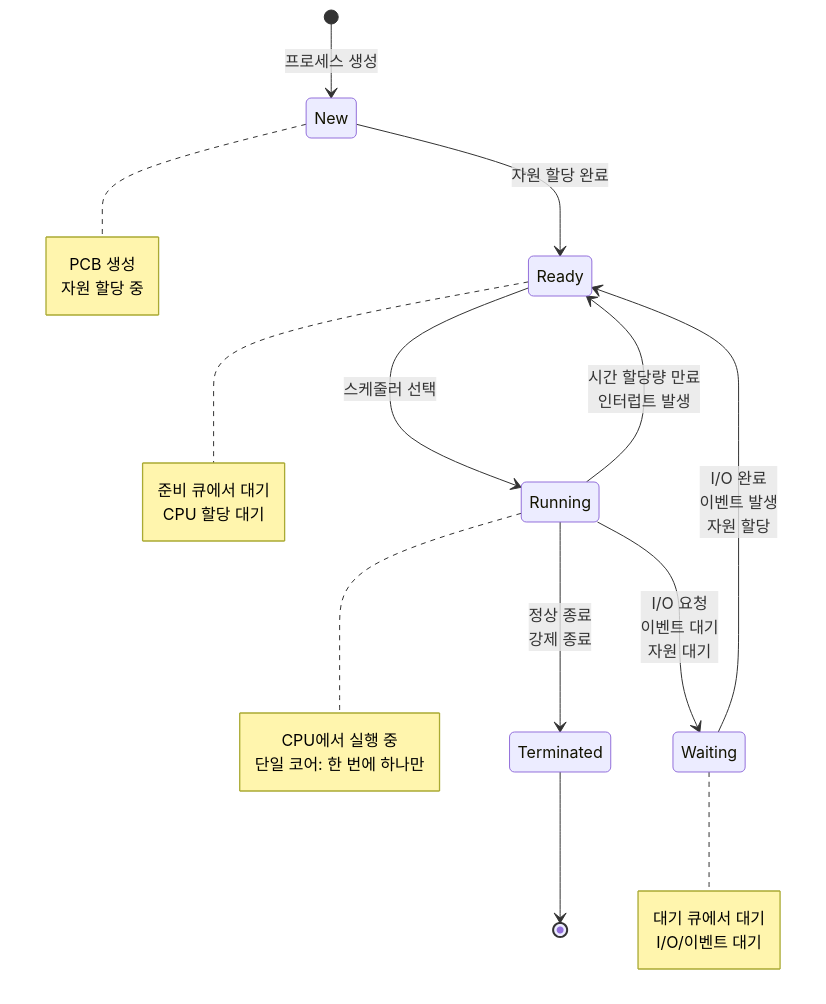
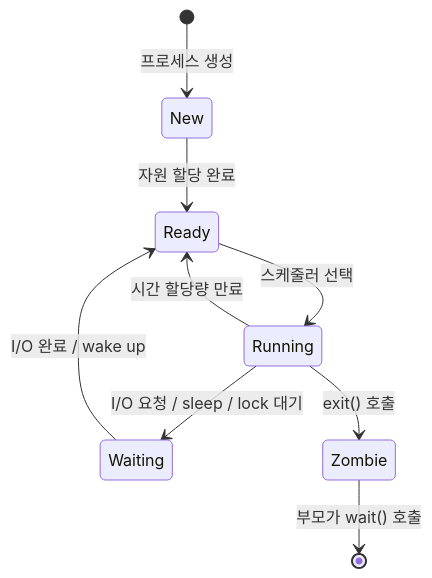
The diagram in Develop/OS/Process & Thread/Process & Thread.md (GYUTORY/YGSTUDY), drawn with Mermaid before and after one commit. The commit also changed other lines of this file and 2 other files, not shown here.

````diff
--- a/Develop/OS/Process & Thread/Process & Thread.md
+++ b/Develop/OS/Process & Thread/Process & Thread.md
@@ -114,31 +111,11 @@
 ```mermaid
 stateDiagram-v2
     [*] --> New: 프로세스 생성
     New --> Ready: 자원 할당 완료
     Ready --> Running: 스케줄러 선택
-    Running --> Ready: 시간 할당량 만료<br/>인터럽트 발생
-    Running --> Waiting: I/O 요청<br/>이벤트 대기<br/>자원 대기
-    Waiting --> Ready: I/O 완료<br/>이벤트 발생<br/>자원 할당
-    Running --> Terminated: 정상 종료<br/>강제 종료
-    Terminated --> [*]
-    
-    note right of New
-        PCB 생성
-        자원 할당 중
-    end note
-    
-    note right of Ready
-        준비 큐에서 대기
-        CPU 할당 대기
-    end note
-    
-    note right of Running
-        CPU에서 실행 중
-        단일 코어: 한 번에 하나만
-    end note
-    
-    note right of Waiting
-        대기 큐에서 대기
-        I/O/이벤트 대기
-    end note
+    Running --> Ready: 시간 할당량 만료
+    Running --> Waiting: I/O 요청 / sleep / lock 대기
+    Waiting --> Ready: I/O 완료 / wake up
+    Running --> Zombie: exit() 호출
+    Zombie --> [*]: 부모가 wait() 호출
 ```
````
